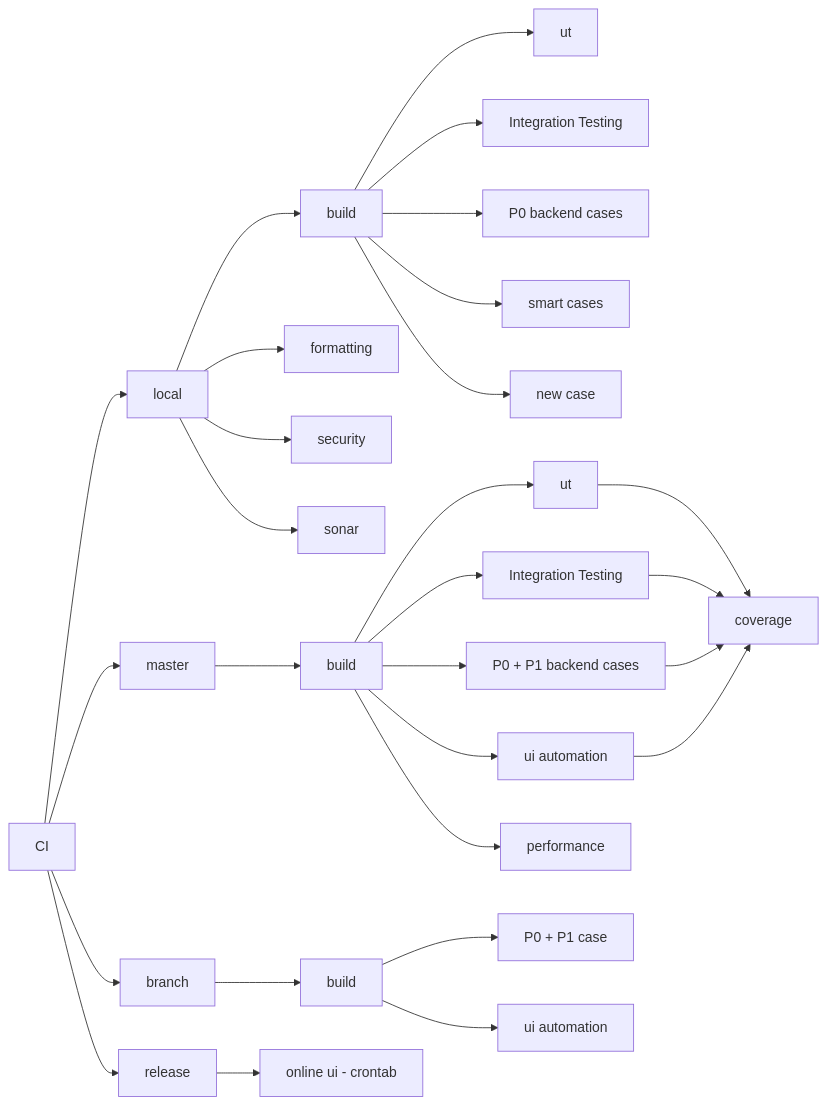
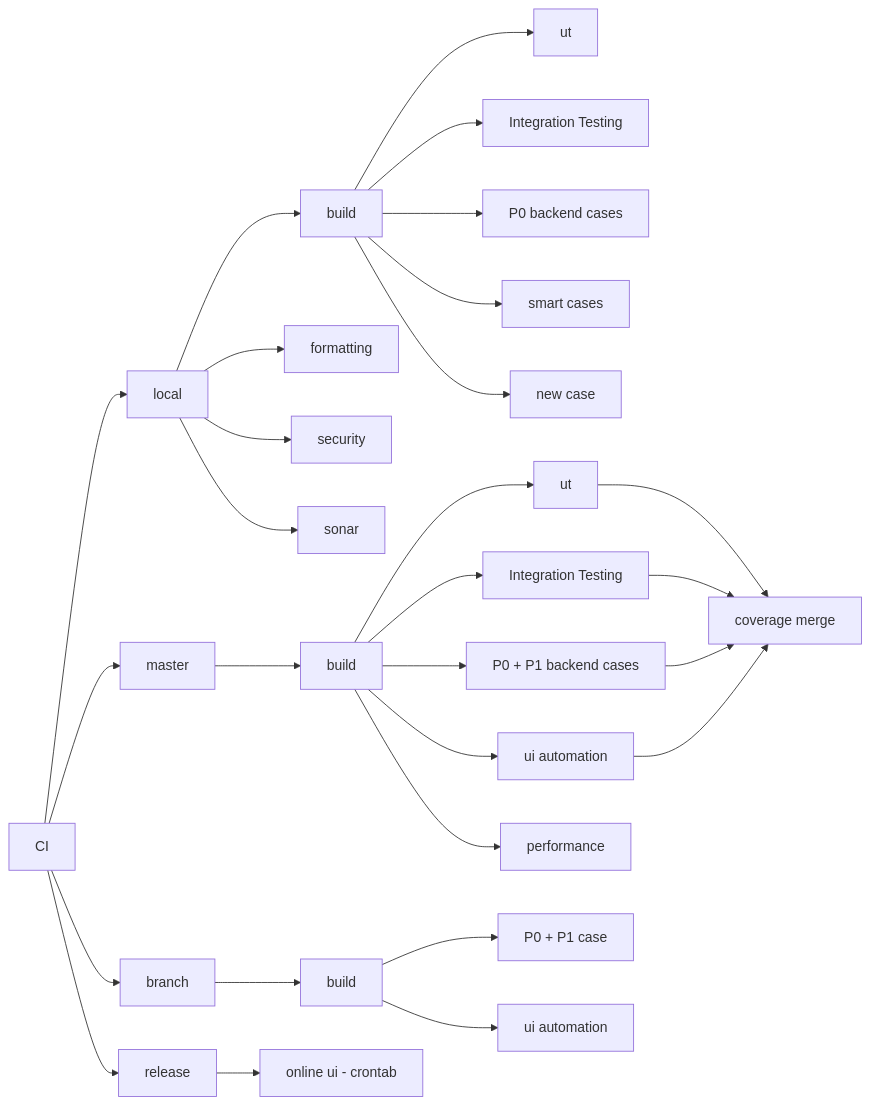
One commit to clampist/matrix-example changed the diagram in README.md. Above: the diagram before and after it, drawn with Mermaid. The commit also changed other lines of this file, not shown here.

````diff
--- a/README.md
+++ b/README.md
@@ -3,42 +3,42 @@
 ```mermaid
 graph LR  
   CI --> local
   CI --> master
   CI --> branch
   CI --> release
 
   %% === local ===
   local --> local_build[build]
   local_build --> local_ut[ut]
   local_build --> local_integration[Integration Testing]
   local_build --> local_p0[P0 backend cases]
   local_build --> local_smart[smart cases]
   local_build --> local_new[new case]
   local --> local_formatting[formatting]
   local --> local_security[security]
   local --> local_sonar[sonar]
 
   %% === master ===
   master --> master_build[build]
   master_build --> master_ut[ut]
   master_build --> master_integration[Integration Testing]
   master_build --> master_backend[P0 + P1 backend cases]
   master_build --> master_ui[ui automation]
   master_build --> master_perf[performance]
 
   %% Group coverage dependencies
   master_ut --> coverage
   master_integration --> coverage
   master_backend --> coverage
   master_ui --> coverage
 
-  coverage[coverage]
+  coverage[coverage merge]
 
   %% === branch ===
   branch --> branch_build[build]
   branch_build --> branch_case[P0 + P1 case]
   branch_build --> branch_ui[ui automation]
 
   %% === release ===
   release --> release_ui[online ui - crontab]
 ```
````
